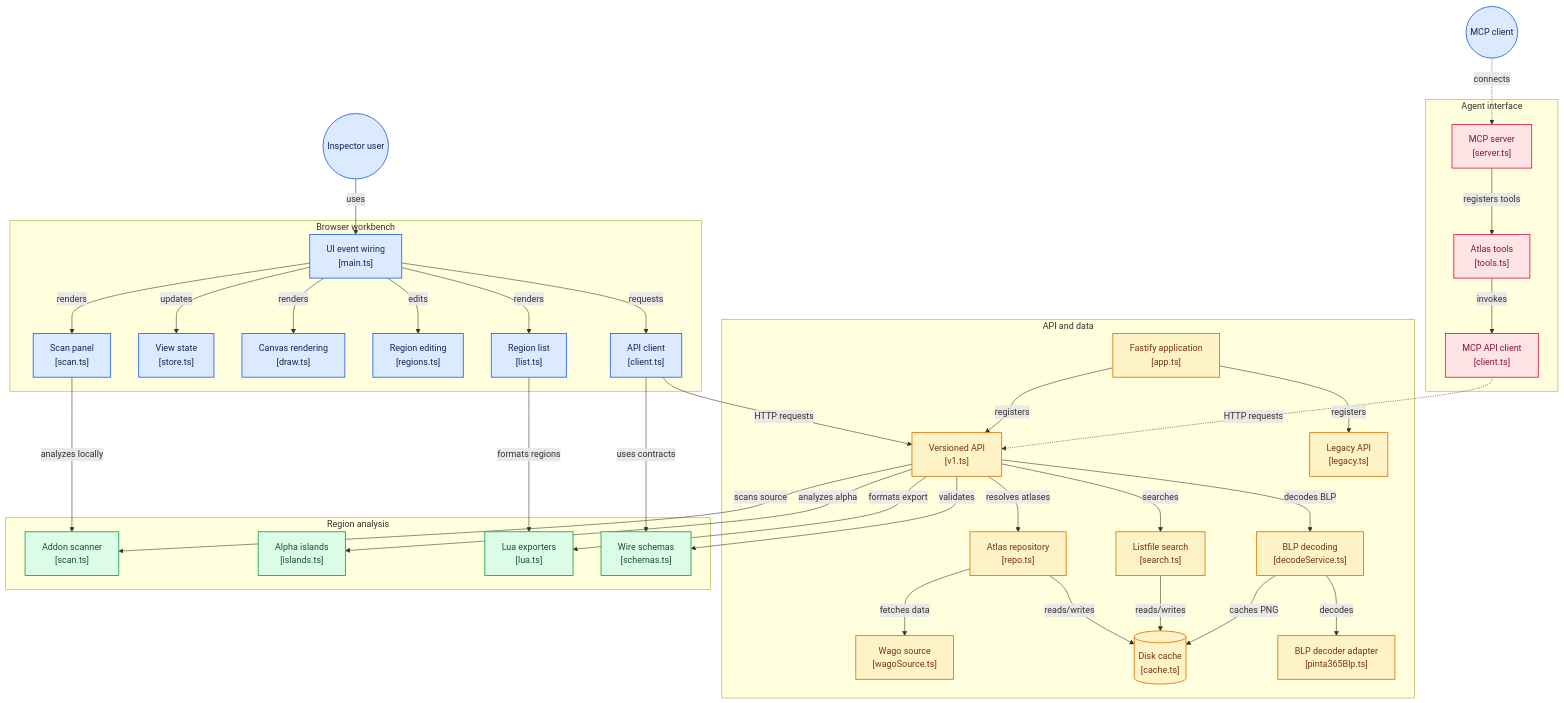
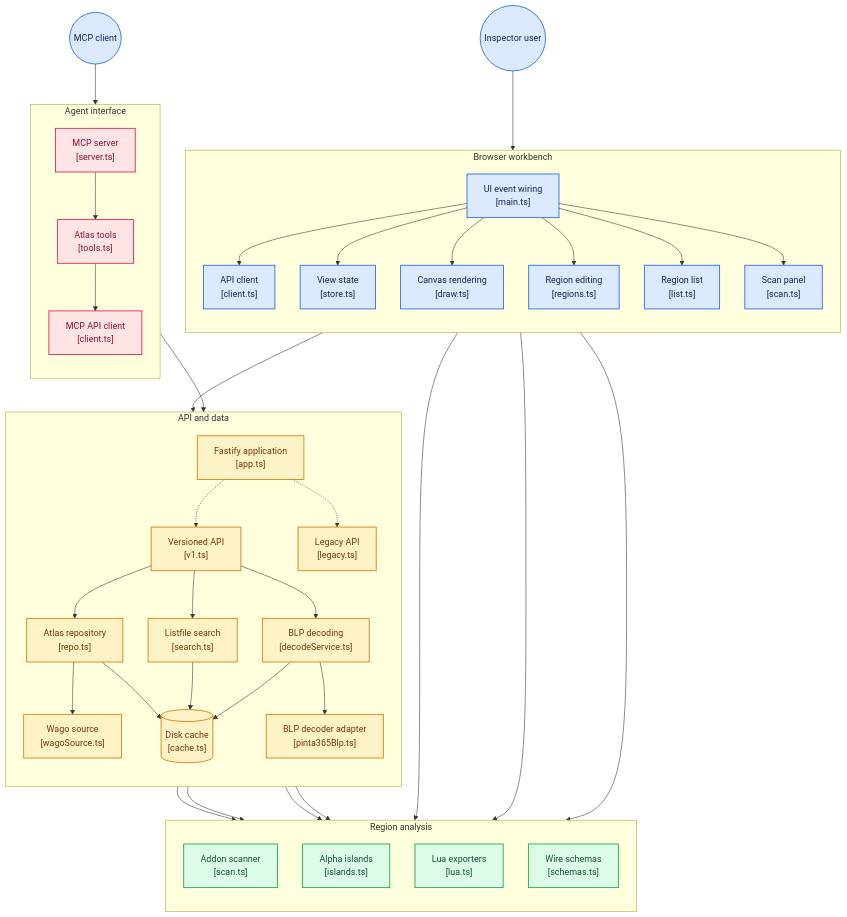
The diagram in README.md (PentSec/atlas-inspector), drawn with Mermaid before and after one commit.

````diff
--- a/README.md
+++ b/README.md
@@ -25,7 +25,19 @@
 ```mermaid
-flowchart TD
+flowchart TB
+%%{init: {"flowchart": {"htmlLabels": true, "nodeSpacing": 45, "rankSpacing": 60}} }%%
+
+node_mcpuser(("MCP client"))
+node_user(("Inspector user"))
+
+subgraph group_agent["Agent interface"]
+  direction TB
+  node_mcp["MCP server<br/>[server.ts]"]
+  node_tools["Atlas tools<br/>[tools.ts]"]
+  node_mcpclient["MCP API client<br/>[client.ts]"]
+end
 
 subgraph group_browser["Browser workbench"]
+  direction TB
   node_main["UI event wiring<br/>[main.ts]"]
   node_clientapi["API client<br/>[client.ts]"]
   node_store["View state<br/>[store.ts]"]
@@ -36,6 +48,7 @@
 end
 
 subgraph group_api["API and data"]
+  direction TB
   node_server["Fastify application<br/>[app.ts]"]
   node_v1["Versioned API<br/>[v1.ts]"]
   node_legacy["Legacy API<br/>[legacy.ts]"]
@@ -48,50 +61,46 @@
 end
 
 subgraph group_analysis["Region analysis"]
+  direction TB
   node_scan["Addon scanner<br/>[scan.ts]"]
   node_islands["Alpha islands<br/>[islands.ts]"]
   node_lua["Lua exporters<br/>[lua.ts]"]
   node_schemas["Wire schemas<br/>[schemas.ts]"]
 end
 
-subgraph group_agent["Agent interface"]
-  node_mcp["MCP server<br/>[server.ts]"]
-  node_tools["Atlas tools<br/>[tools.ts]"]
-  node_mcpclient["MCP API client<br/>[client.ts]"]
-end
+node_mcpuser --> node_mcp
+node_user --> node_main
 
-node_user(("Inspector user"))
-node_mcpuser(("MCP client"))
+node_mcp --> node_tools
+node_tools --> node_mcpclient
+node_main --> node_clientapi
+node_main --> node_store
+node_main --> node_canvas
+node_main --> node_define
+node_main --> node_listui
+node_main --> node_scanui
 
-node_user -->|"uses"| node_main
-node_main -->|"requests"| node_clientapi
-node_main -->|"updates"| node_store
-node_main -->|"renders"| node_canvas
-node_main -->|"edits"| node_define
-node_main -->|"renders"| node_listui
-node_main -->|"renders"| node_scanui
-node_clientapi -->|"HTTP requests"| node_v1
-node_server -->|"registers"| node_v1
-node_server -->|"registers"| node_legacy
-node_v1 -->|"resolves atlases"| node_repo
-node_repo -->|"fetches data"| node_wago
-node_repo -->|"reads/writes"| node_cache
-node_v1 -->|"searches"| node_listfile
-node_listfile -->|"reads/writes"| node_cache
-node_v1 -->|"decodes BLP"| node_decode
-node_decode -->|"decodes"| node_decoder
-node_decode -->|"caches PNG"| node_cache
-node_v1 -->|"analyzes alpha"| node_islands
-node_v1 -->|"scans source"| node_scan
-node_v1 -->|"formats export"| node_lua
-node_clientapi -->|"uses contracts"| node_schemas
-node_v1 -->|"validates"| node_schemas
-node_scanui -->|"analyzes locally"| node_scan
-node_listui -->|"formats regions"| node_lua
-node_mcpuser -.->|"connects"| node_mcp
-node_mcp -->|"registers tools"| node_tools
-node_tools -->|"invokes"| node_mcpclient
-node_mcpclient -.->|"HTTP requests"| node_v1
+node_mcpclient --> node_v1
+node_clientapi --> node_v1
+
+node_v1 --> node_repo
+node_v1 --> node_listfile
+node_v1 --> node_decode
+node_v1 --> node_islands
+node_v1 --> node_scan
+node_v1 --> node_lua
+node_v1 --> node_schemas
+
+node_server -.-> node_v1
+node_server -.-> node_legacy
+node_repo --> node_wago
+node_repo --> node_cache
+node_listfile --> node_cache
+node_decode --> node_decoder
+node_decode --> node_cache
+node_clientapi --> node_schemas
+node_scanui --> node_scan
+node_listui --> node_lua
 
 click node_main "https://github.com/pentsec/atlas-inspector/blob/main/src/client/main.ts"
 click node_clientapi "https://github.com/pentsec/atlas-inspector/blob/main/src/client/api/client.ts"
@@ -122,8 +131,6 @@
 classDef toneAmber fill:#fef3c7,stroke:#d97706,stroke-width:1.5px,color:#78350f
 classDef toneMint fill:#dcfce7,stroke:#16a34a,stroke-width:1.5px,color:#14532d
 classDef toneRose fill:#ffe4e6,stroke:#e11d48,stroke-width:1.5px,color:#881337
-classDef toneIndigo fill:#e0e7ff,stroke:#4f46e5,stroke-width:1.5px,color:#312e81
-classDef toneTeal fill:#ccfbf1,stroke:#0f766e,stroke-width:1.5px,color:#134e4a
 class node_main,node_clientapi,node_store,node_canvas,node_define,node_listui,node_scanui,node_user,node_mcpuser toneBlue
 class node_server,node_v1,node_legacy,node_repo,node_wago,node_cache,node_listfile,node_decode,node_decoder toneAmber
 class node_scan,node_islands,node_lua,node_schemas toneMint
````
